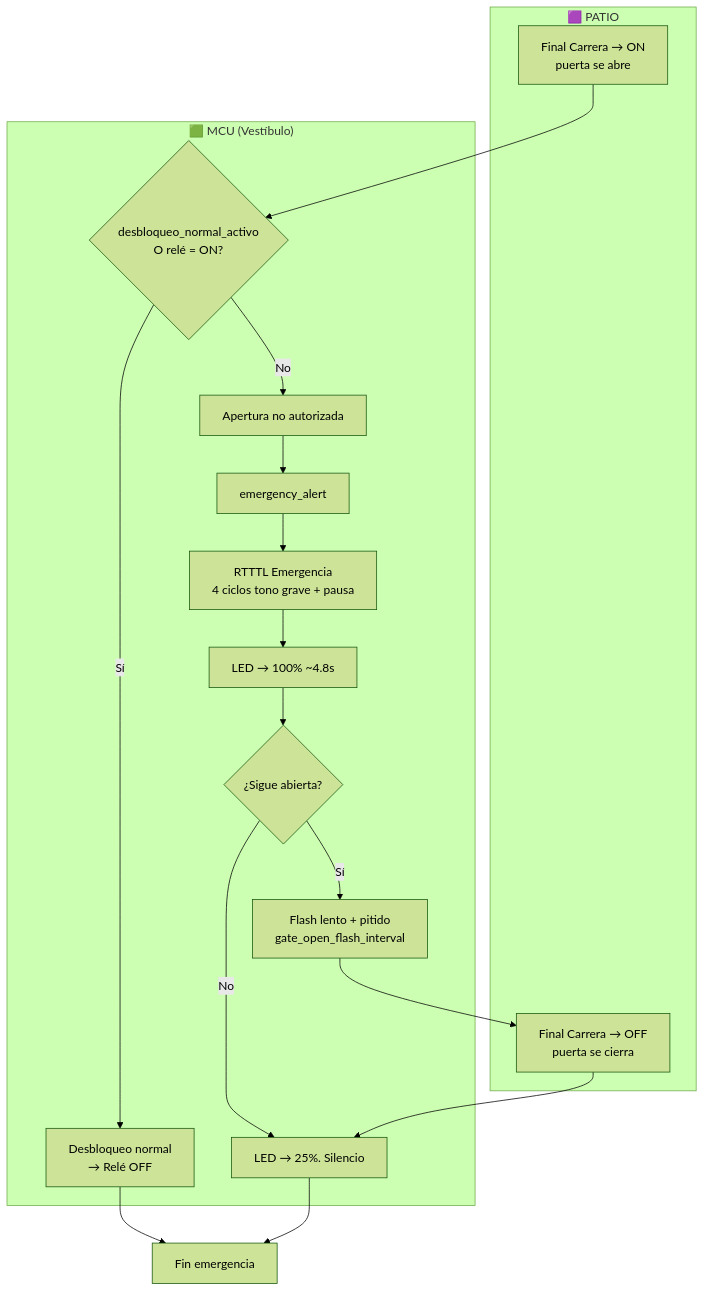
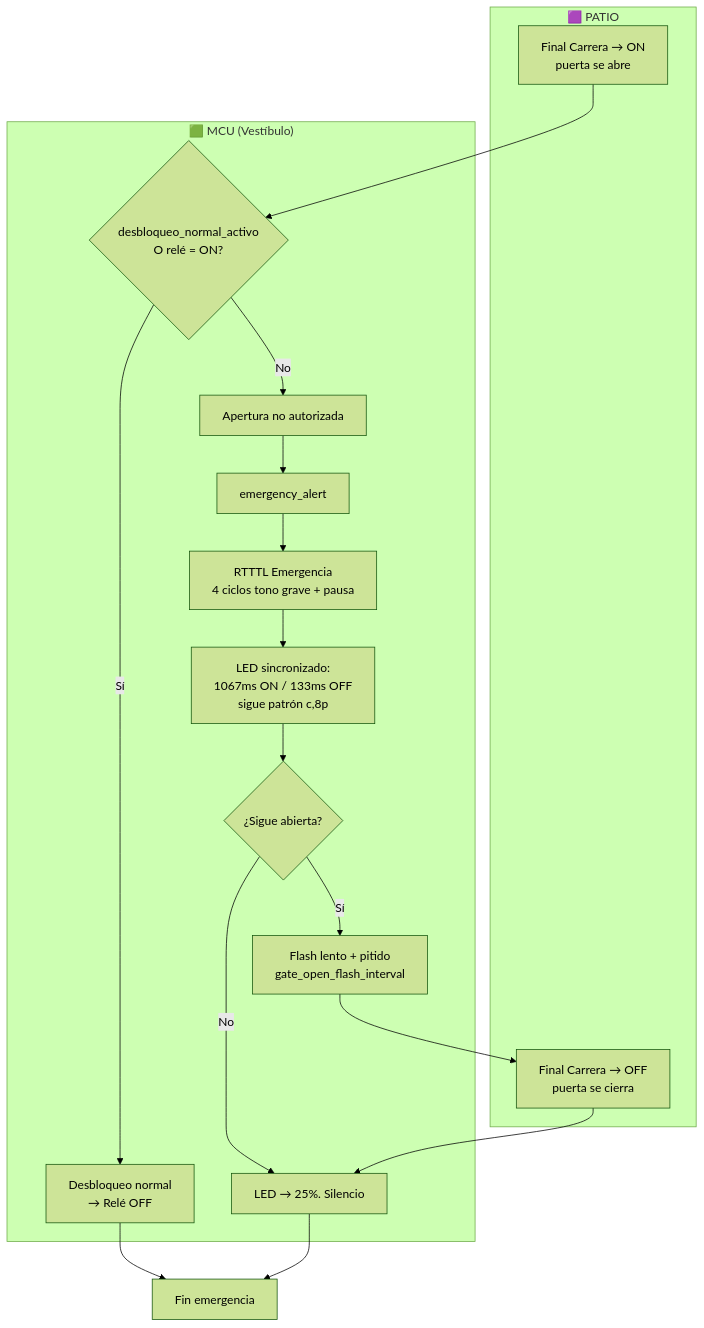
The tenth of 10 diagrams in SYSTEM_DEFINITION.md (abelbour/Abrepuertas), drawn with Mermaid (forest theme) before and after one commit. The commit also changed other lines of this file and 1 other file, not shown here.

First line of the commit message:
LED sincronizado con melodías en apertura y emergencia

````diff
--- a/SYSTEM_DEFINITION.md
+++ b/SYSTEM_DEFINITION.md
@@ -600,25 +607,25 @@
 ```mermaid
 flowchart TD
     subgraph LOCK["🟪 PATIO"]
         FC_ON[Final Carrera → ON<br/>puerta se abre]
         FC_OFF[Final Carrera → OFF<br/>puerta se cierra]
     end
 
     subgraph MCU["🟩 MCU (Vestíbulo)"]
         EVT{desbloqueo_normal_activo<br/>O relé = ON?}
         EVT -- Sí --> NORMAL[Desbloqueo normal<br/>→ Relé OFF]
-        EVT -- No --> ALERT[Apertura no autorizada]
+        EVT -- No -->         ALERT[Apertura no autorizada]
         ALERT --> EMERG[emergency_alert]
         EMERG --> ALARM[RTTTL Emergencia<br/>4 ciclos tono grave + pausa]
-        ALARM --> FLASH[LED → 100% ~4.8s]
+        ALARM --> FLASH[LED sincronizado:<br/>1067ms ON / 133ms OFF<br/>sigue patrón c,8p]
         FLASH --> CHECK{¿Sigue abierta?}
         CHECK -- Sí --> SLOW[Flash lento + pitido<br/>gate_open_flash_interval]
         CHECK -- No --> SILENT[LED → 25%. Silencio]
         SLOW --> FC_OFF
         FC_OFF --> SILENT
     end
 
     FC_ON --> EVT
     NORMAL --> FIN[Fin emergencia]
     SILENT --> FIN
 ```
````
